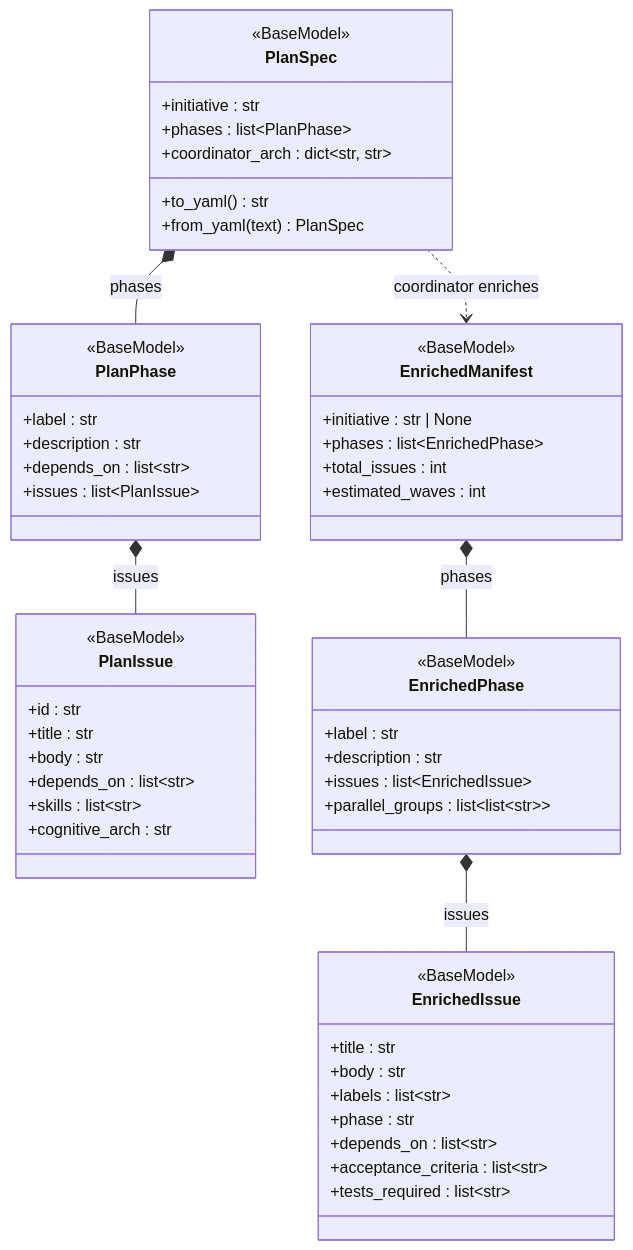
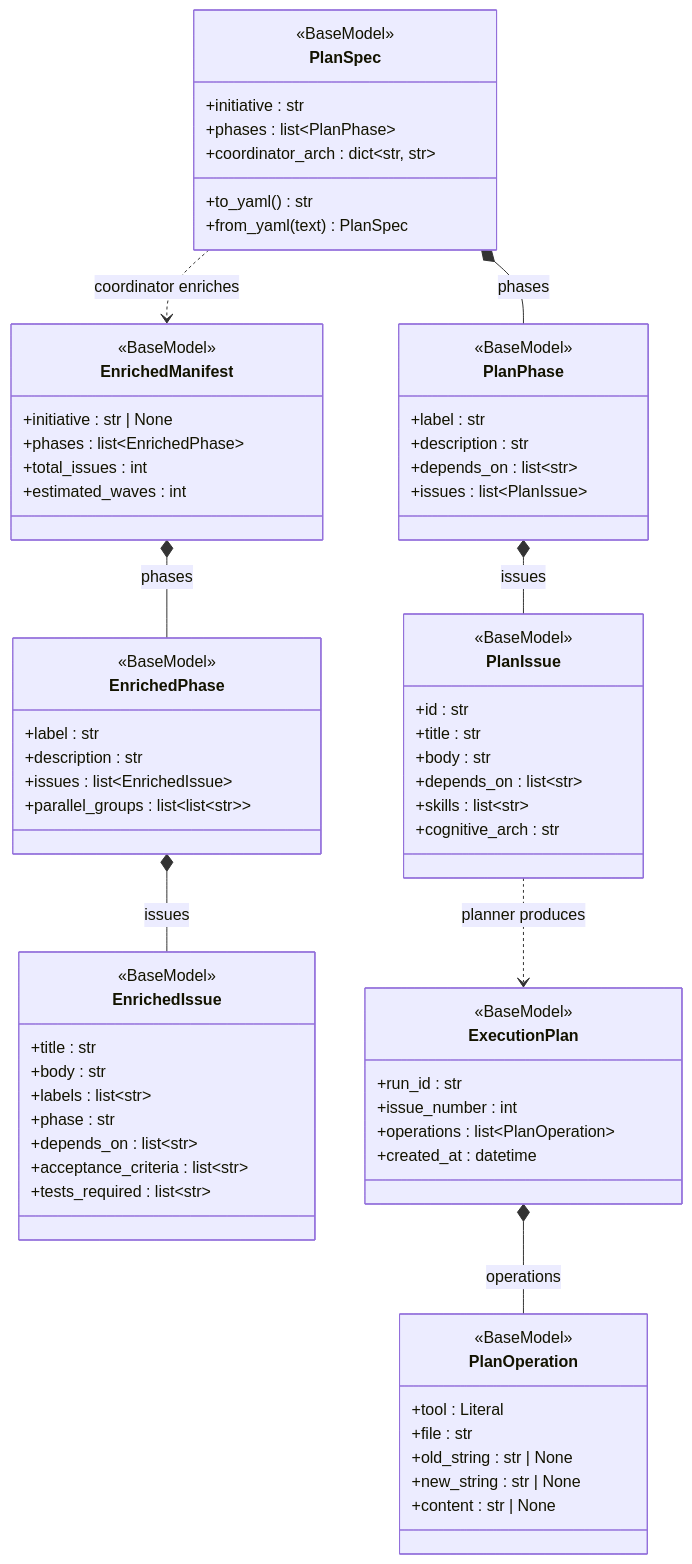
The first of 9 diagrams in docs/reference/type-contracts.md (cgcardona/agentception), drawn with Mermaid before and after one commit. The commit also changed other lines of this file and 1 other file, not shown here.

````diff
--- a/docs/reference/type-contracts.md
+++ b/docs/reference/type-contracts.md
@@ -1094,57 +1571,74 @@
 ```mermaid
 classDiagram
     class PlanSpec {
         <<BaseModel>>
         +initiative : str
         +phases : list~PlanPhase~
         +coordinator_arch : dict~str, str~
         +to_yaml() str
         +from_yaml(text) PlanSpec
     }
     class PlanPhase {
         <<BaseModel>>
         +label : str
         +description : str
         +depends_on : list~str~
         +issues : list~PlanIssue~
     }
     class PlanIssue {
         <<BaseModel>>
         +id : str
         +title : str
         +body : str
         +depends_on : list~str~
         +skills : list~str~
         +cognitive_arch : str
     }
     class EnrichedManifest {
         <<BaseModel>>
         +initiative : str | None
         +phases : list~EnrichedPhase~
         +total_issues : int
         +estimated_waves : int
     }
     class EnrichedPhase {
         <<BaseModel>>
         +label : str
         +description : str
         +issues : list~EnrichedIssue~
         +parallel_groups : list~list~str~~
     }
     class EnrichedIssue {
         <<BaseModel>>
         +title : str
         +body : str
         +labels : list~str~
         +phase : str
         +depends_on : list~str~
         +acceptance_criteria : list~str~
         +tests_required : list~str~
     }
+    class PlanOperation {
+        <<BaseModel>>
+        +tool : Literal
+        +file : str
+        +old_string : str | None
+        +new_string : str | None
+        +content : str | None
+    }
+    class ExecutionPlan {
+        <<BaseModel>>
+        +run_id : str
+        +issue_number : int
+        +operations : list~PlanOperation~
+        +created_at : datetime
+    }
 
     PlanSpec *-- PlanPhase : phases
     PlanPhase *-- PlanIssue : issues
     EnrichedManifest *-- EnrichedPhase : phases
     EnrichedPhase *-- EnrichedIssue : issues
     PlanSpec ..> EnrichedManifest : coordinator enriches
+    ExecutionPlan *-- PlanOperation : operations
+    PlanIssue ..> ExecutionPlan : planner produces
 ```
````
